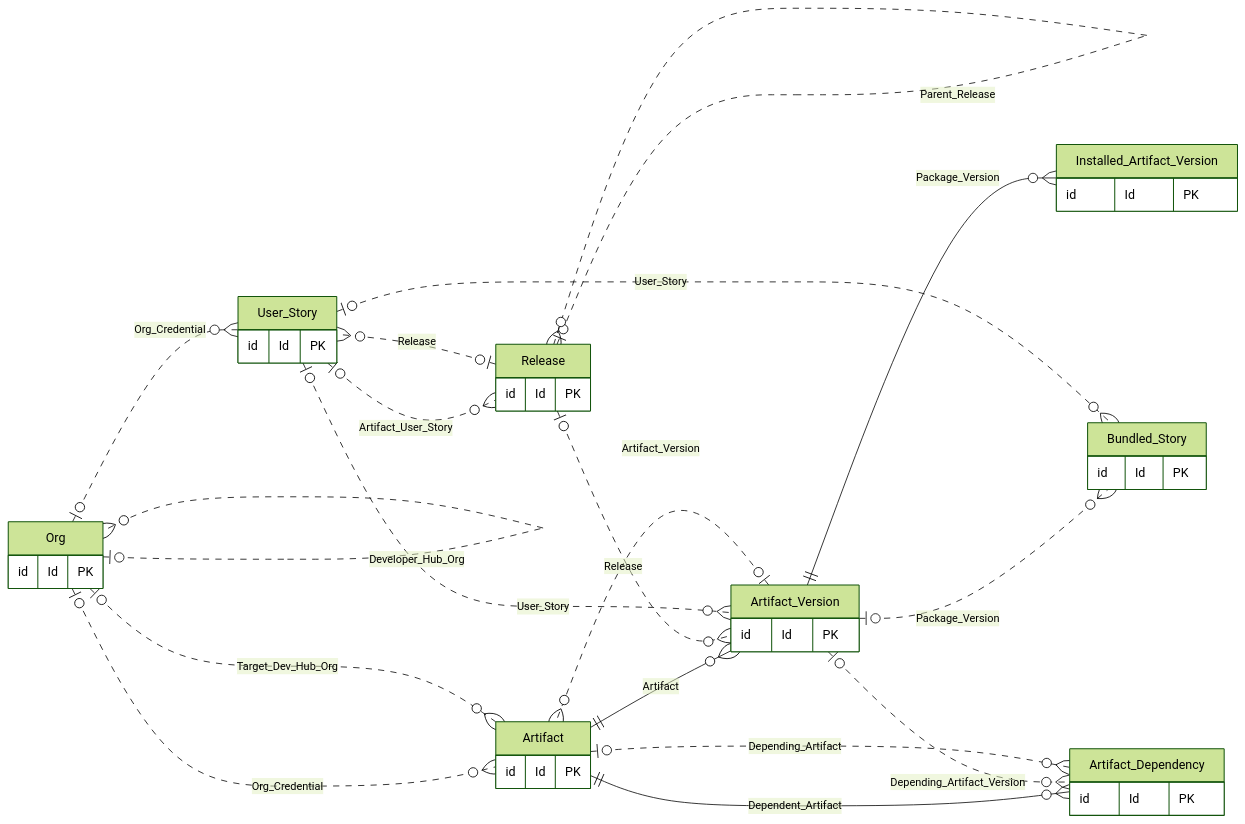
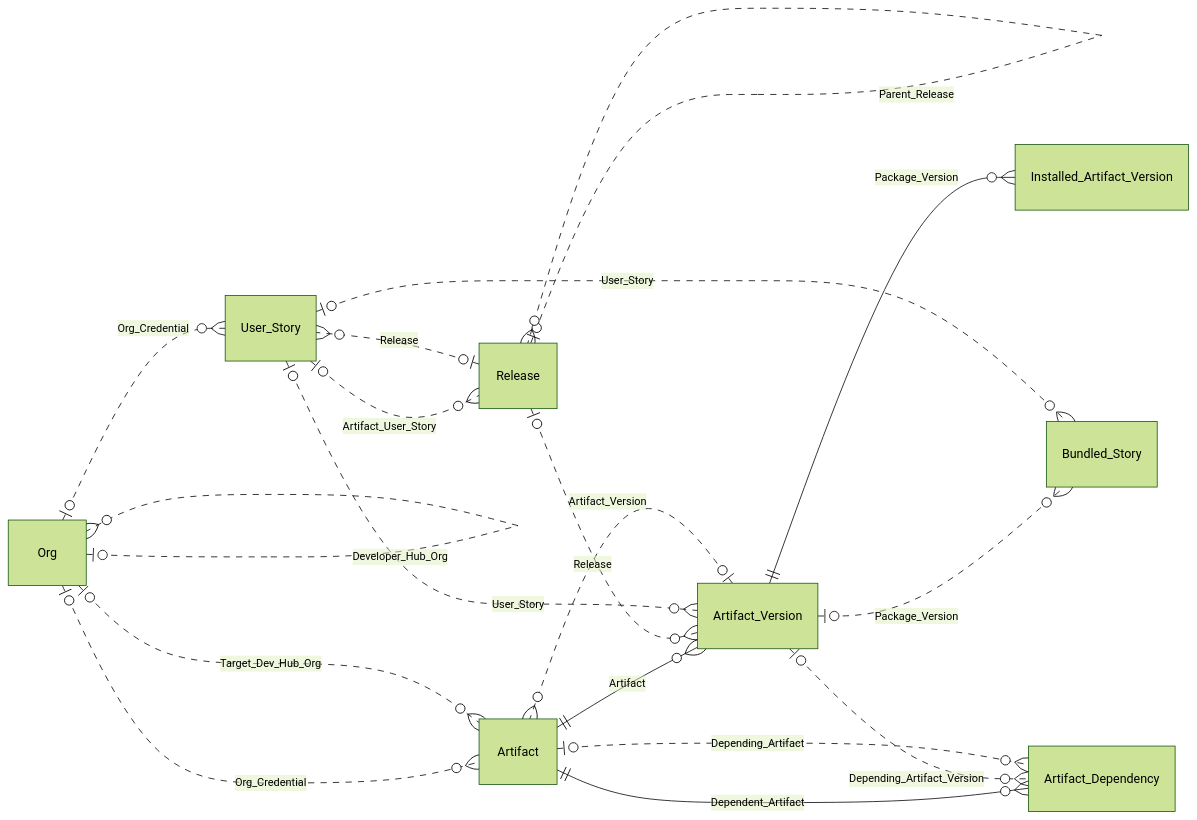
The diagram in resources/copado-source-format/07-packages.mmd (airbah/monsite), drawn with Mermaid (forest theme) before and after one commit. The commit also changed 19 other files, not shown here.

Commit message:
Simplifier les diagrammes Copado en retirant la ligne Id et PK

```diff
--- a/resources/copado-source-format/07-packages.mmd
+++ b/resources/copado-source-format/07-packages.mmd
@@ -1,43 +1,27 @@
 erDiagram
     direction LR
-    Artifact {
-        id Id PK
-    }
-    Artifact_Version {
-        id Id PK
-    }
-    Artifact_Dependency {
-        id Id PK
-    }
-    Installed_Artifact_Version {
-        id Id PK
-    }
-    Bundled_Story {
-        id Id PK
-    }
-    User_Story {
-        id Id PK
-    }
-    Release {
-        id Id PK
-    }
-    Org {
-        id Id PK
-    }
+    Artifact
+    Artifact_Version
+    Artifact_Dependency
+    Installed_Artifact_Version
+    Bundled_Story
+    User_Story
+    Release
+    Org
     Release |o..o{ Release : "Parent_Release"
     User_Story |o..o{ Release : "Artifact_User_Story"
     Org |o..o{ User_Story : "Org_Credential"
     Release |o..o{ User_Story : "Release"
     Org |o..o{ Org : "Developer_Hub_Org"
     Artifact_Version |o..o{ Artifact : "Artifact_Version"
     Org |o..o{ Artifact : "Org_Credential"
     Org |o..o{ Artifact : "Target_Dev_Hub_Org"
     Artifact ||--o{ Artifact_Version : "Artifact"
     Release |o..o{ Artifact_Version : "Release"
     User_Story |o..o{ Artifact_Version : "User_Story"
     Artifact ||--o{ Artifact_Dependency : "Dependent_Artifact"
     Artifact_Version |o..o{ Artifact_Dependency : "Depending_Artifact_Version"
     Artifact |o..o{ Artifact_Dependency : "Depending_Artifact"
     Artifact_Version ||--o{ Installed_Artifact_Version : "Package_Version"
     Artifact_Version |o..o{ Bundled_Story : "Package_Version"
     User_Story |o..o{ Bundled_Story : "User_Story"
```
